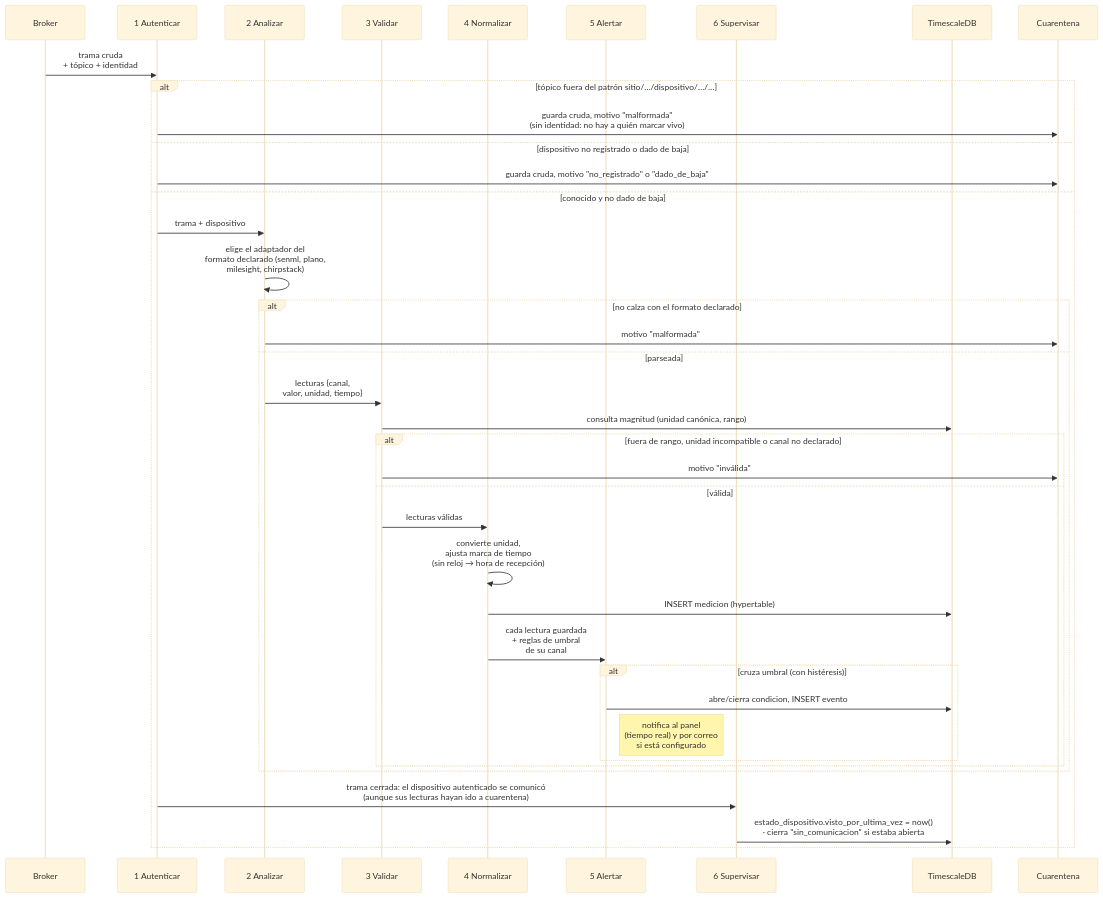
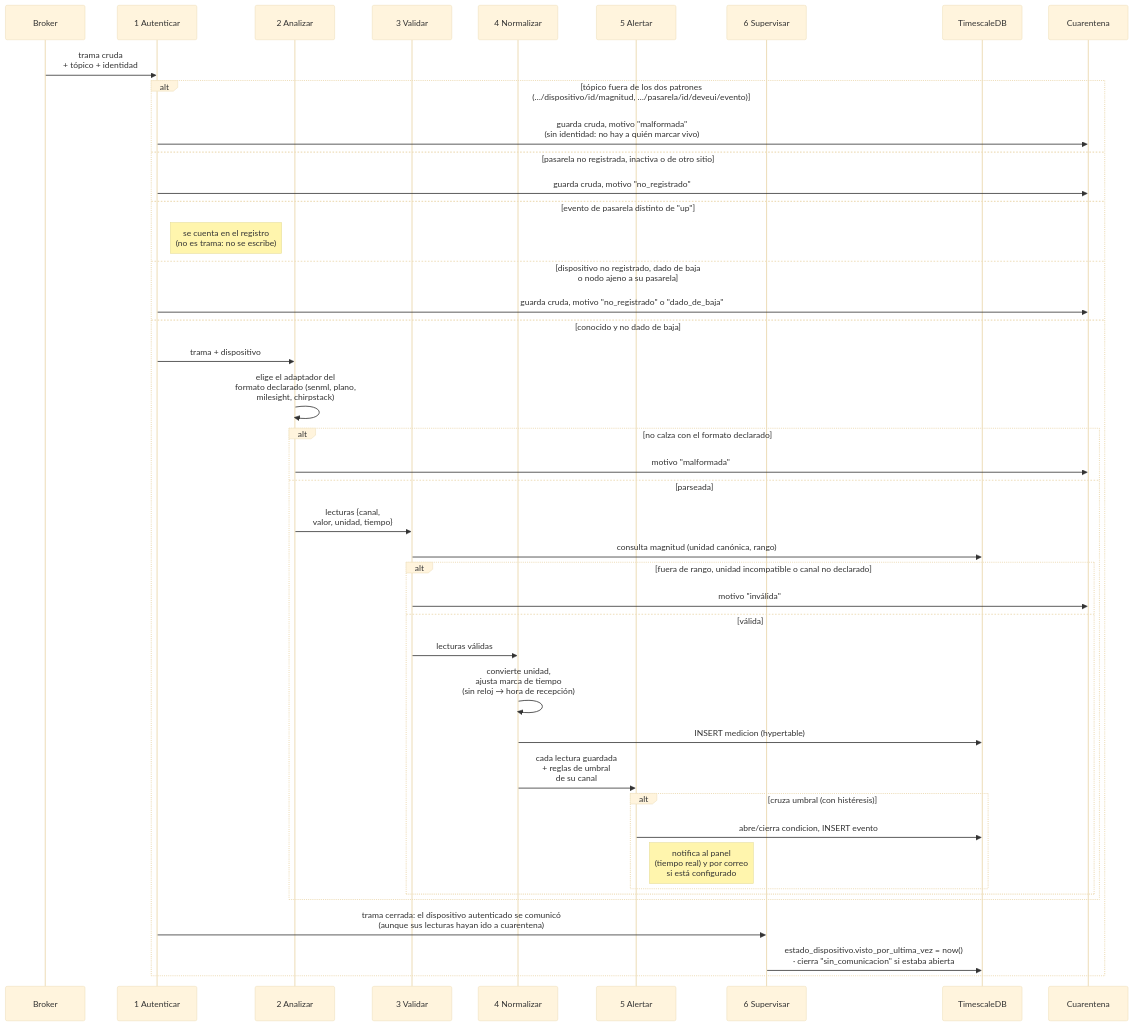
One commit to vicenterami/tesis changed the diagram in informe-oficial/figuras/mermaid/sec-pipeline.mmd. Above: the diagram before and after it, drawn with Mermaid (base theme). The commit also changed 23 other files, not shown here.

```diff
--- a/informe-oficial/figuras/mermaid/sec-pipeline.mmd
+++ b/informe-oficial/figuras/mermaid/sec-pipeline.mmd
@@ -1,40 +1,44 @@
 sequenceDiagram
     participant MQ as Broker
     participant F1 as 1 Autenticar
     participant F2 as 2 Analizar
     participant F3 as 3 Validar
     participant F4 as 4 Normalizar
     participant F5 as 5 Alertar
     participant F6 as 6 Supervisar
     participant DB as TimescaleDB
     participant Q as Cuarentena
 
     MQ->>F1: trama cruda<br/>+ tópico + identidad
-    alt tópico fuera del patrón sitio/…/dispositivo/…/…
+    alt tópico fuera de los dos patrones<br/>(…/dispositivo/id/magnitud, …/pasarela/id/deveui/evento)
         F1->>Q: guarda cruda, motivo "malformada"<br/>(sin identidad: no hay a quién marcar vivo)
-    else dispositivo no registrado o dado de baja
+    else pasarela no registrada, inactiva o de otro sitio
+        F1->>Q: guarda cruda, motivo "no_registrado"
+    else evento de pasarela distinto de "up"
+        Note right of F1: se cuenta en el registro<br/>(no es trama: no se escribe)
+    else dispositivo no registrado, dado de baja<br/>o nodo ajeno a su pasarela
         F1->>Q: guarda cruda, motivo "no_registrado" o "dado_de_baja"
     else conocido y no dado de baja
         F1->>F2: trama + dispositivo
         F2->>F2: elige el adaptador del<br/>formato declarado (senml, plano,<br/>milesight, chirpstack)
         alt no calza con el formato declarado
             F2->>Q: motivo "malformada"
         else parseada
             F2->>F3: lecturas {canal,<br/>valor, unidad, tiempo}
             F3->>DB: consulta magnitud (unidad canónica, rango)
             alt fuera de rango, unidad incompatible o canal no declarado
                 F3->>Q: motivo "inválida"
             else válida
                 F3->>F4: lecturas válidas
                 F4->>F4: convierte unidad,<br/>ajusta marca de tiempo<br/>(sin reloj → hora de recepción)
                 F4->>DB: INSERT medicion (hypertable)
                 F4->>F5: cada lectura guardada<br/>+ reglas de umbral<br/>de su canal
                 alt cruza umbral (con histéresis)
                     F5->>DB: abre/cierra condicion, INSERT evento
                     Note right of F5: notifica al panel<br/>(tiempo real) y por correo<br/>si está configurado
                 end
             end
         end
         F1->>F6: trama cerrada: el dispositivo autenticado se comunicó<br/>(aunque sus lecturas hayan ido a cuarentena)
         F6->>DB: estado_dispositivo.visto_por_ultima_vez = now()<br/>· cierra "sin_comunicacion" si estaba abierta
     end
```
